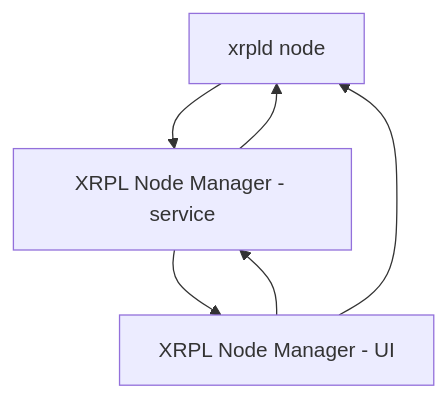
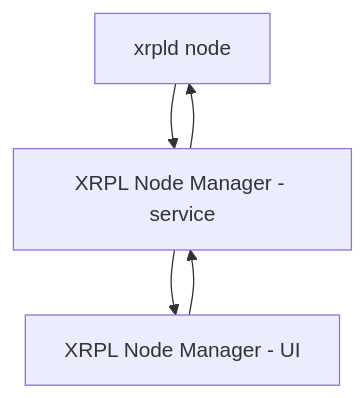
One commit to elmurci/xrpl-node-manager changed the diagram in README.md. Above: the diagram before and after it, drawn with Mermaid.

Commit message:
docs: fix diagram format

````diff
--- a/README.md
+++ b/README.md
@@ -14,8 +9,7 @@
 ```mermaid
 graph TD
     A[xrpld node] -->B[XRPL Node Manager - service]
     B[XRPL Node Manager - service] -->A[xrpld node]
     B[XRPL Node Manager - service]-->C[XRPL Node Manager - UI]
     C[XRPL Node Manager - UI]-->B[XRPL Node Manager - service]
-    C[XRPL Node Manager - UI]-->A[xrpld node]
 ```
````
